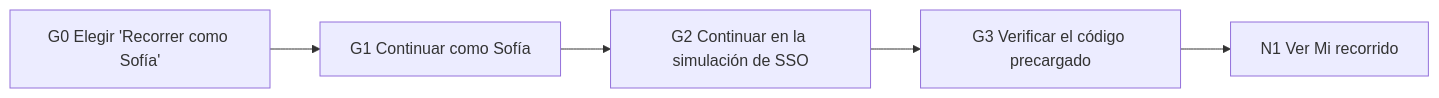
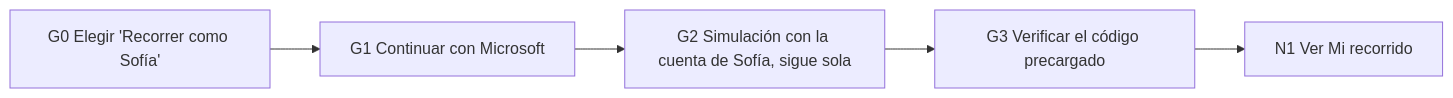
One commit to lpedaci/rumbo-app changed the eighth of 29 diagrams in docs/flows.md. Above: the diagram before and after it, drawn with Mermaid. The commit also changed other lines of this file and 25 other files, not shown here.

````diff
--- a/docs/flows.md
+++ b/docs/flows.md
@@ -181,4 +181,4 @@
 ```mermaid
 flowchart LR
-    T1["G0 Elegir 'Recorrer como Sofía'"] --> T2["G1 Continuar como Sofía"] --> T3["G2 Continuar en la simulación de SSO"] --> T4["G3 Verificar el código precargado"] --> T5["N1 Ver Mi recorrido"]
+    T1["G0 Elegir 'Recorrer como Sofía'"] --> T2["G1 Continuar con Microsoft"] --> T3["G2 Simulación con la cuenta de Sofía, sigue sola"] --> T4["G3 Verificar el código precargado"] --> T5["N1 Ver Mi recorrido"]
 ```
````
